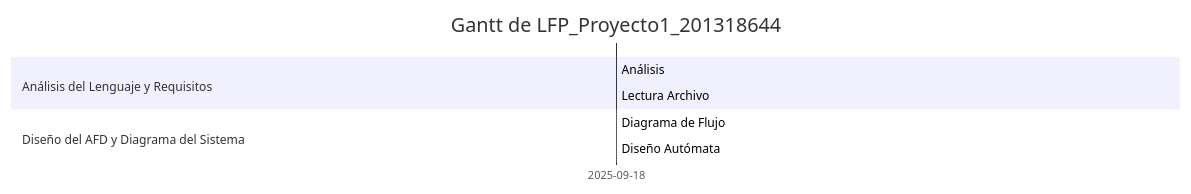
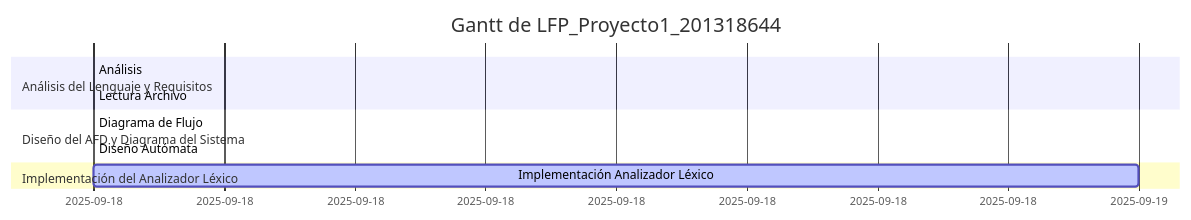
Before and after one commit to MynorCifuentes/TourneyJS: the diagram in docs/gantt.md, drawn with Mermaid.

Commit message:
Actualiza diagrama de Gantt automático

````diff
--- a/docs/gantt.md
+++ b/docs/gantt.md
@@ -1,15 +1,16 @@
 ```mermaid
 gantt
     dateFormat  YYYY-MM-DD
     title Gantt de LFP_Proyecto1_201318644
     excludes    weekends
     section Análisis del Lenguaje y Requisitos
     Análisis :active, 2, 2025-09-18, 2025-09-18
     Lectura Archivo :active, 1, 2025-09-18, 2025-09-18
     section Diseño del AFD y Diagrama del Sistema
     Diagrama de Flujo :active, 4, 2025-09-18, 2025-09-18
     Diseño Autómata :active, 3, 2025-09-18, 2025-09-18
     section Implementación del Analizador Léxico
+    Implementación Analizador Léxico :active, 5, 2025-09-18, 2025-09-19
     section Generación de Salidas
     section Pruebas, Corrección y Documentación
 ```
````
